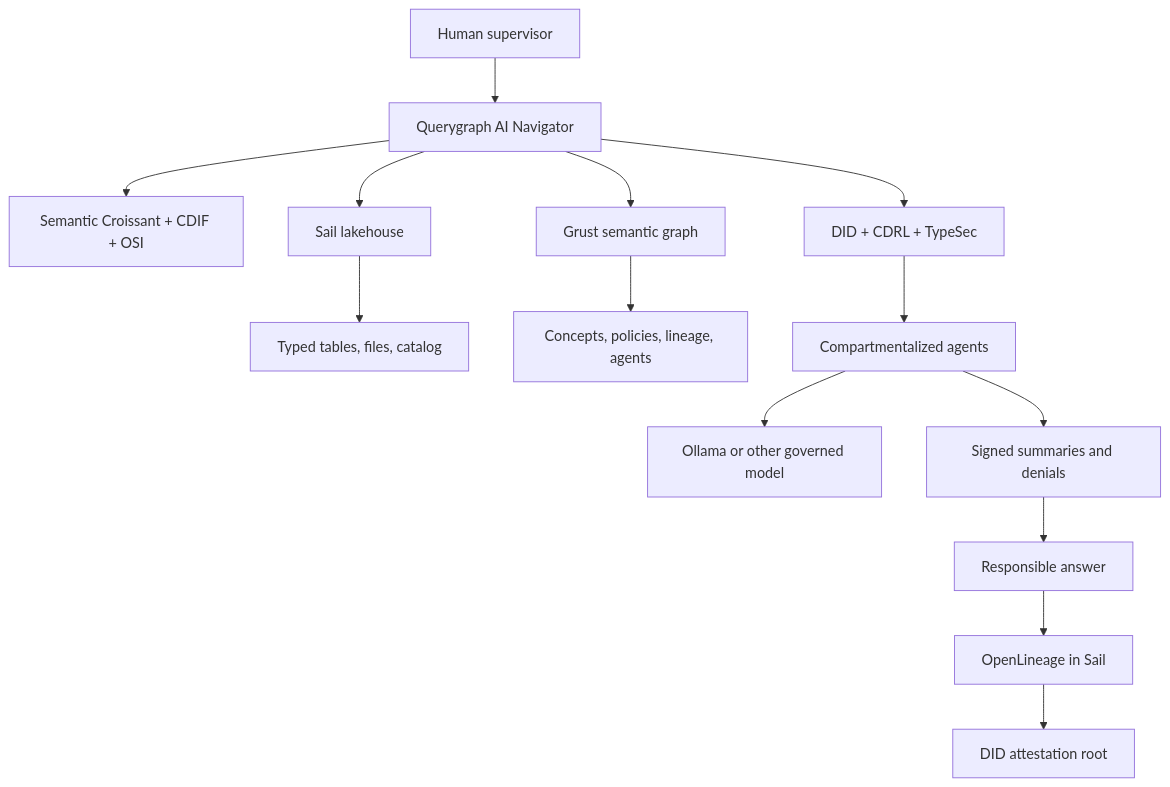
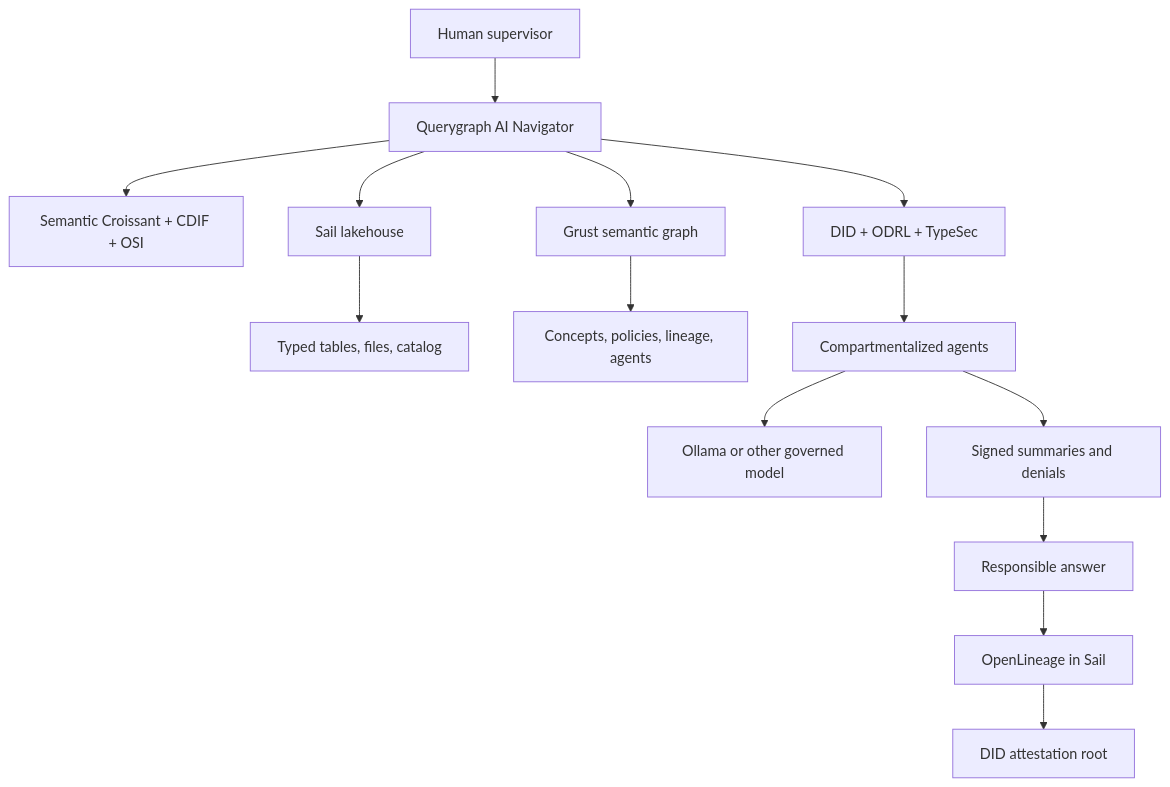
The third of 17 diagrams in docs/book/manuscript.md (querygraph/qg-rust), drawn with Mermaid before and after one commit. The commit also changed other lines of this file and 23 other files, not shown here.

Commit message:
Correct rights terminology to ODRL

````diff
--- a/docs/book/manuscript.md
+++ b/docs/book/manuscript.md
@@ -216,16 +216,16 @@
 ```mermaid
 flowchart TD
     Human["Human supervisor"] --> Navigator["Querygraph AI Navigator"]
     Navigator --> Meaning["Semantic Croissant + CDIF + OSI"]
-    Navigator --> Rights["DID + CDRL + TypeSec"]
+    Navigator --> Rights["DID + ODRL + TypeSec"]
     Navigator --> Graph["Grust semantic graph"]
     Navigator --> Lake["Sail lakehouse"]
     Lake --> Data["Typed tables, files, catalog"]
     Graph --> Context["Concepts, policies, lineage, agents"]
     Rights --> Agents["Compartmentalized agents"]
     Agents --> Model["Ollama or other governed model"]
     Agents --> Summaries["Signed summaries and denials"]
     Summaries --> Briefing["Responsible answer"]
     Briefing --> Lineage["OpenLineage in Sail"]
     Lineage --> Ledger["DID attestation root"]
 ```
````
